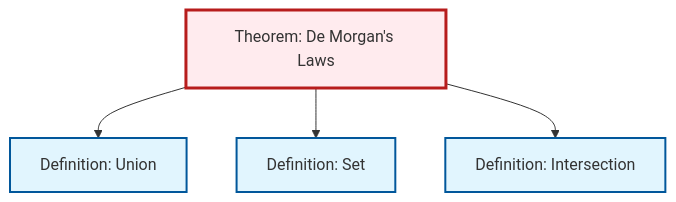
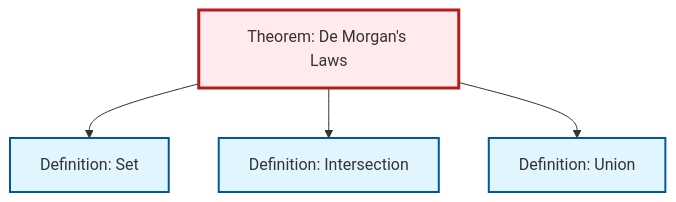
The diagram in content/en/logic-set-theory/thm-de-morgan.qmd (RK0429/ModernMath), drawn with Mermaid before and after one commit. The commit also changed other lines of this file and 615 other files, not shown here.

````diff
--- a/content/en/logic-set-theory/thm-de-morgan.qmd
+++ b/content/en/logic-set-theory/thm-de-morgan.qmd
@@ -78,20 +78,20 @@
 ```{mermaid}
 %%| fig-cap: "Local dependency graph"
 graph TD
     classDef definition fill:#e1f5fe,stroke:#01579b,stroke-width:2px
     classDef theorem fill:#f3e5f5,stroke:#4a148c,stroke-width:2px
     classDef axiom fill:#fff3e0,stroke:#e65100,stroke-width:2px
     classDef example fill:#e8f5e9,stroke:#1b5e20,stroke-width:2px
     classDef current fill:#ffebee,stroke:#b71c1c,stroke-width:3px
+    def-intersection["Definition: Intersection"]:::definition
+    def-set["Definition: Set"]:::definition
     thm-de-morgan["Theorem: De Morgan's Laws"]:::theorem
-    def-intersection["Definition: Intersection"]:::definition
     def-union["Definition: Union"]:::definition
-    def-set["Definition: Set"]:::definition
-    thm-de-morgan --> def-union
     thm-de-morgan --> def-set
     thm-de-morgan --> def-intersection
+    thm-de-morgan --> def-union
     class thm-de-morgan current
     click def-intersection "def-intersection.html" "Go to Intersection definition"
+    click def-set "def-set.html" "Go to Set definition"
     click def-union "def-union.html" "Go to Union definition"
-    click def-set "def-set.html" "Go to Set definition"
 ```
````
